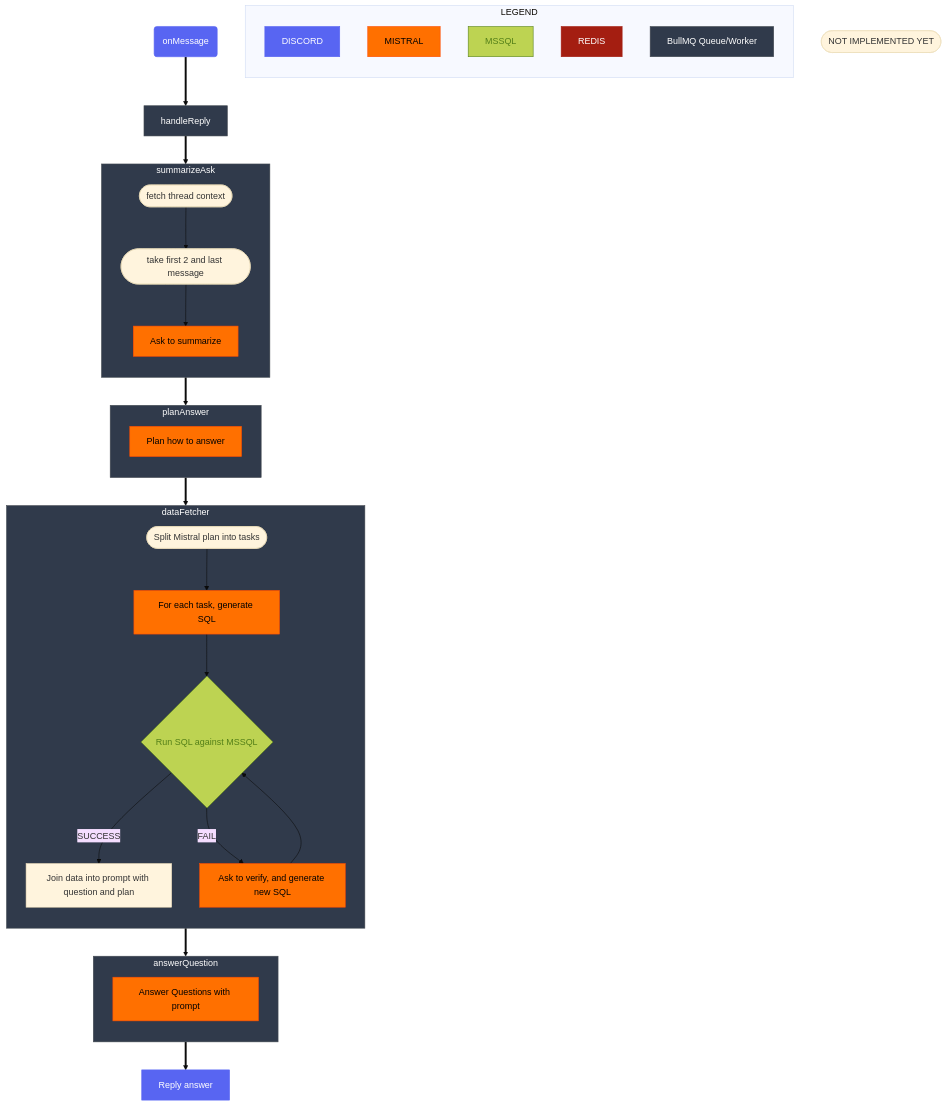
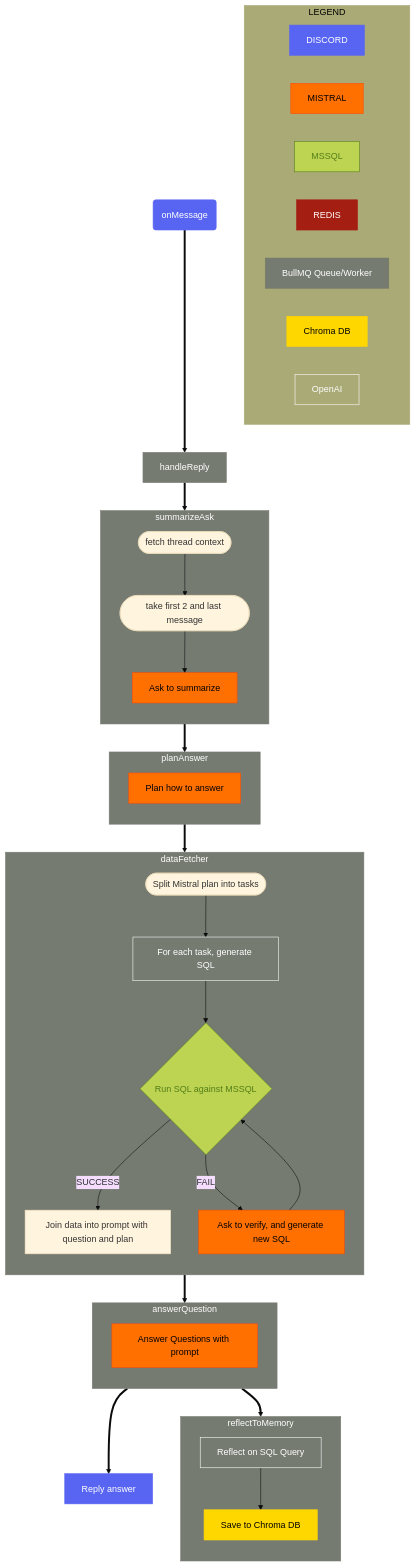
One commit to nvaa-se/ai-colleague changed the third of 3 diagrams in README.md. Above: the diagram before and after it, drawn with Mermaid (base theme). The commit also changed other lines of this file, not shown here.

Commit message:
Update mermaid to reflect changes

````diff
--- a/README.md
+++ b/README.md
@@ -99,6 +99,8 @@
     LS[MSSQL]
     LR[REDIS]
     LW[BullMQ Queue/Worker]
+    LCD[Chroma DB]
+    LOAI[OpenAI]
 
     0(onMessage)
     A[handleReply]
@@ -110,7 +112,7 @@
     C1[Plan how to answer]
 
     D1([Split Mistral plan into tasks])
-    D2[For each task, generate SQL]
+    OAI1[For each task, generate SQL]
     D3{Run SQL against MSSQL}
     D4[Ask to verify, and generate new SQL]
 
@@ -118,18 +120,22 @@
     L[Answer Questions with prompt]
     M[Reply answer]
 
-    NA(["NOT IMPLEMENTED YET"])
+    %% NA(["NOT IMPLEMENTED YET"])
 
     subgraph LEGEND
-        direction TB
+        direction LR
         LD
         LM
         LS
         LR
         LW
+        LCD
+        LOAI
     end
 
     0 ==> A ==> summarizeAsk ==> planAnswer ==> dataFetcher ==> answerQuestion ==> M
+    answerQuestion ==> reflectToMemory
+
     subgraph summarizeAsk
         direction TB
         B1 --> B2 --> B3
@@ -140,22 +146,29 @@
     end
     subgraph dataFetcher
         direction TB
-        D1 --> D2 --> D3 --SUCCESS--> D5
+        D1 --> OAI1 --> D3 --SUCCESS--> D5
         D3 --FAIL--> D4 --> D3
     end
     subgraph answerQuestion
         direction TB
         L
     end
+    subgraph reflectToMemory
+        direction TB
+        OAI2[Reflect on SQL Query]
+        CD1[Save to Chroma DB]
+        OAI2 --> CD1
+    end
 
 
     %% BullMQ Queue Style
-    style LW color:#ffffff, fill:#303a4b, stroke:#454b52
-    style A color:#ffffff, fill:#303a4b, stroke:#454b52
-    style summarizeAsk color:#ffffff, fill:#303a4b, stroke:#454b52
-    style planAnswer color:#ffffff, fill:#303a4b, stroke:#454b52
-    style dataFetcher color:#ffffff, fill:#303a4b, stroke:#454b52
-    style answerQuestion color:#ffffff, fill:#303a4b, stroke:#454b52
+    style LW color:#ffffff, fill:#767b72, stroke:#767b62
+    style A color:#ffffff, fill:#767b72, stroke:#767b72
+    style summarizeAsk color:#ffffff, fill:#767b72, stroke:#767b72
+    style planAnswer color:#ffffff, fill:#767b72, stroke:#767b72
+    style dataFetcher color:#ffffff, fill:#767b72, stroke:#767b72
+    style answerQuestion color:#ffffff, fill:#767b72, stroke:#767b72
+    style reflectToMemory color:#ffffff, fill:#767b72, stroke:#767b72
 
     %% Discord Style
     style LD color:#FFFFFF, fill:#5865F2, stroke:#5865F2
@@ -166,17 +179,30 @@
     style LR color:#FFFFFF, stroke:#A41e11, fill:#A41e11
 
     %% Not implemented Style
-    %% style NA color:#FF0000, fill:#303a4b, stroke:#FF0000, stroke-width:4px, stroke-dasharray: 5, 5
+    %% style NA color:#FF0000, fill:#767b72, stroke:#FF0000, stroke-width:4px, stroke-dasharray: 5, 5
 
     %% Mistral Style
     style LM color:#000000, stroke:#ff4900, fill:#ff7000
     style B3 color:#000000, stroke:#ff4900, fill:#ff7000
     style C1 color:#000000, stroke:#ff4900, fill:#ff7000
-    style D2 color:#000000, stroke:#ff4900, fill:#ff7000
+    %% style D2 color:#000000, stroke:#ff4900, fill:#ff7000
     style D4 color:#000000, stroke:#ff4900, fill:#ff7000
     style L color:#000000, stroke:#ff4900, fill:#ff7000
+
 
     %% MSSQL Style
     style LS color:#537F18, fill:#BDD352, stroke:#537F18
     style D3 color:#537F18, fill:#BDD352, stroke:#537F18
+
+    %% Chroma DB Style
+    style LCD color:#000000, fill:#FFD700, stroke:#FFD700
+    style CD1 color:#000000, fill:#FFD700, stroke:#FFD700
+
+    %% OpenAI Style
+    style LOAI color:#ffffff, fill:#aaaa77, stroke:#ffffff
+    style OAI1 color:#ffffff, fill:#767b72, stroke:#ffffff
+    style OAI2 color:#ffffff, fill:#767b72, stroke:#ffffff
+
+    %% LEGEND Style
+    style LEGEND color:#000000, fill:#aaaa77, stroke:#aaaa77
 ```
````
